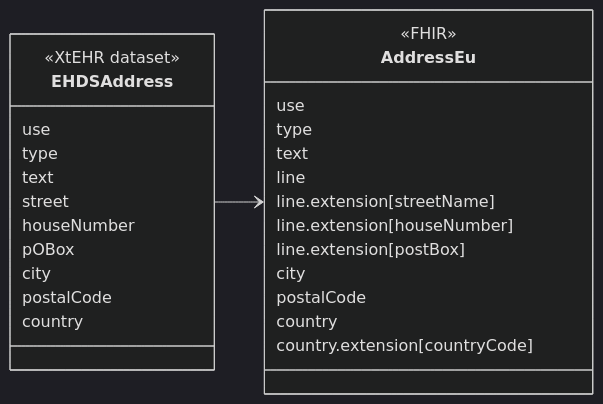
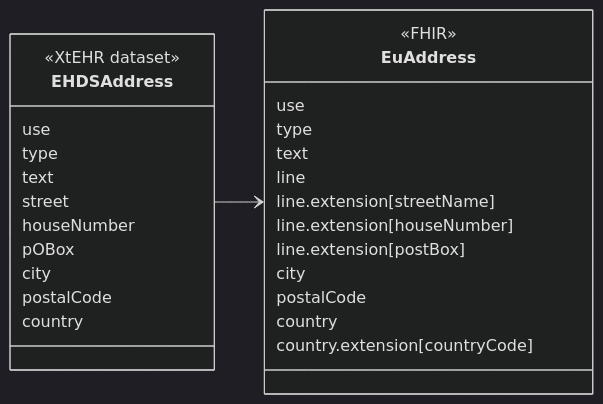
The diagram in new/input/intro-notes/ConceptMap-EHDSAddressMap-intro.md (oijauregui/ehdsimaging), drawn with Mermaid (dark theme) before and after one commit. The commit also changed 162 other files, not shown here.

````diff
--- a/new/input/intro-notes/ConceptMap-EHDSAddressMap-intro.md
+++ b/new/input/intro-notes/ConceptMap-EHDSAddressMap-intro.md
@@ -5,33 +5,33 @@
 ```mermaid
 classDiagram
 direction LR
 class EHDSAddress {
   <<XtEHR dataset>>
   use
   type
   text
   street
   houseNumber
   pOBox
   city
   postalCode
   country
 }
 link EHDSAddress "https://build.fhir.org/ig/Xt-EHR/xt-ehr-common/StructureDefinition-EHDSAddress.html"
-class AddressEu{
+class EuAddress{
   <<FHIR>>
   use
   type
   text
   line
   line.extension[streetName]
   line.extension[houseNumber]
   line.extension[postBox]
   city
   postalCode
   country
   country.extension[countryCode]
 }
 
-EHDSAddress --> AddressEu
+EHDSAddress --> EuAddress
 ```
````
